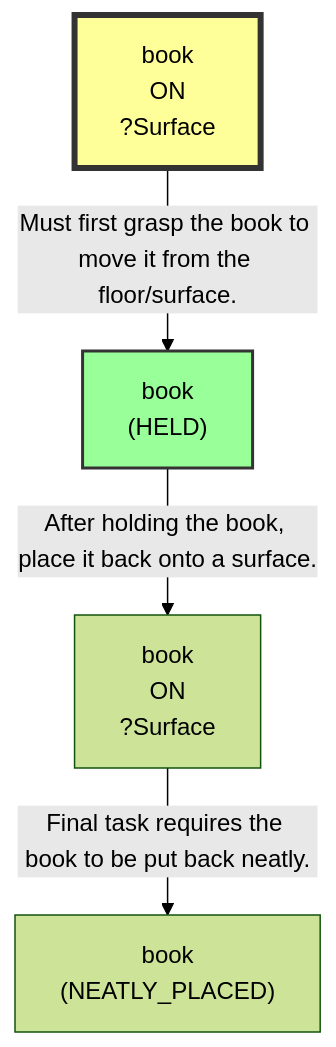
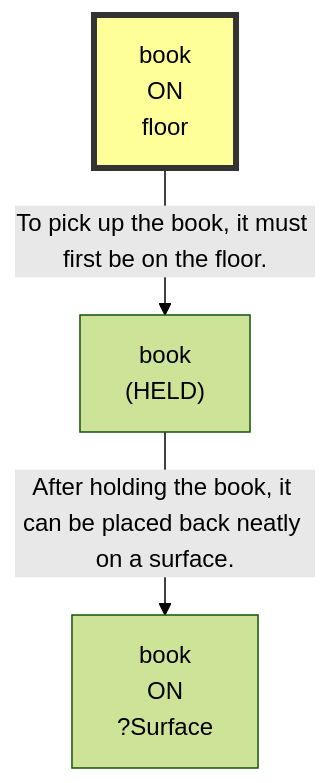
One commit to scuama/virtualhome changed diagram 11 of 14 in evaluation/results/table3/robostate/runs/without_parameter_binding/G2_09/run_T3_without_parameter_binding_G2_09.md. Above: the diagram before and after it, drawn with Mermaid (forest theme). The commit also changed other lines of this file and 507 other files, not shown here.

````diff
--- a/evaluation/results/table3/robostate/runs/without_parameter_binding/G2_09/run_T3_without_parameter_binding_G2_09.md
+++ b/evaluation/results/table3/robostate/runs/without_parameter_binding/G2_09/run_T3_without_parameter_binding_G2_09.md
@@ -884,12 +867,9 @@
 ```mermaid
 graph TD
-    N1["book<br>ON<br>?Surface"]
+    N1["book<br>ON<br>floor"]
     style N1 fill:#ff9,stroke:#333,stroke-width:4px
     N2["book<br>(HELD)"]
-    style N2 fill:#9f9,stroke:#333,stroke-width:2px
     N3["book<br>ON<br>?Surface"]
-    N4["book<br>(NEATLY_PLACED)"]
-    N1 -->|"Must first grasp the book to move it from the floor/surface."| N2
-    N2 -->|"After holding the book, place it back onto a surface."| N3
-    N3 -->|"Final task requires the book to be put back neatly."| N4
+    N1 -->|"To pick up the book, it must first be on the floor."| N2
+    N2 -->|"After holding the book, it can be placed back neatly on a surface."| N3
 ```
````
